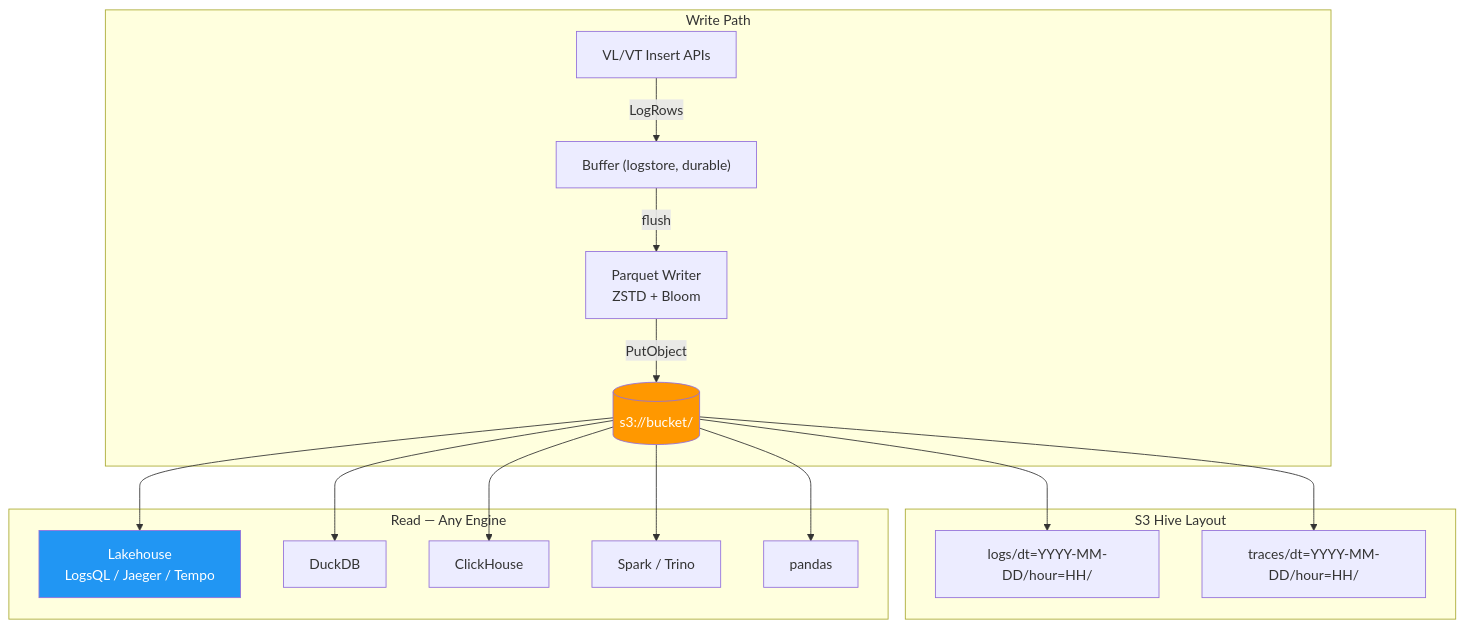
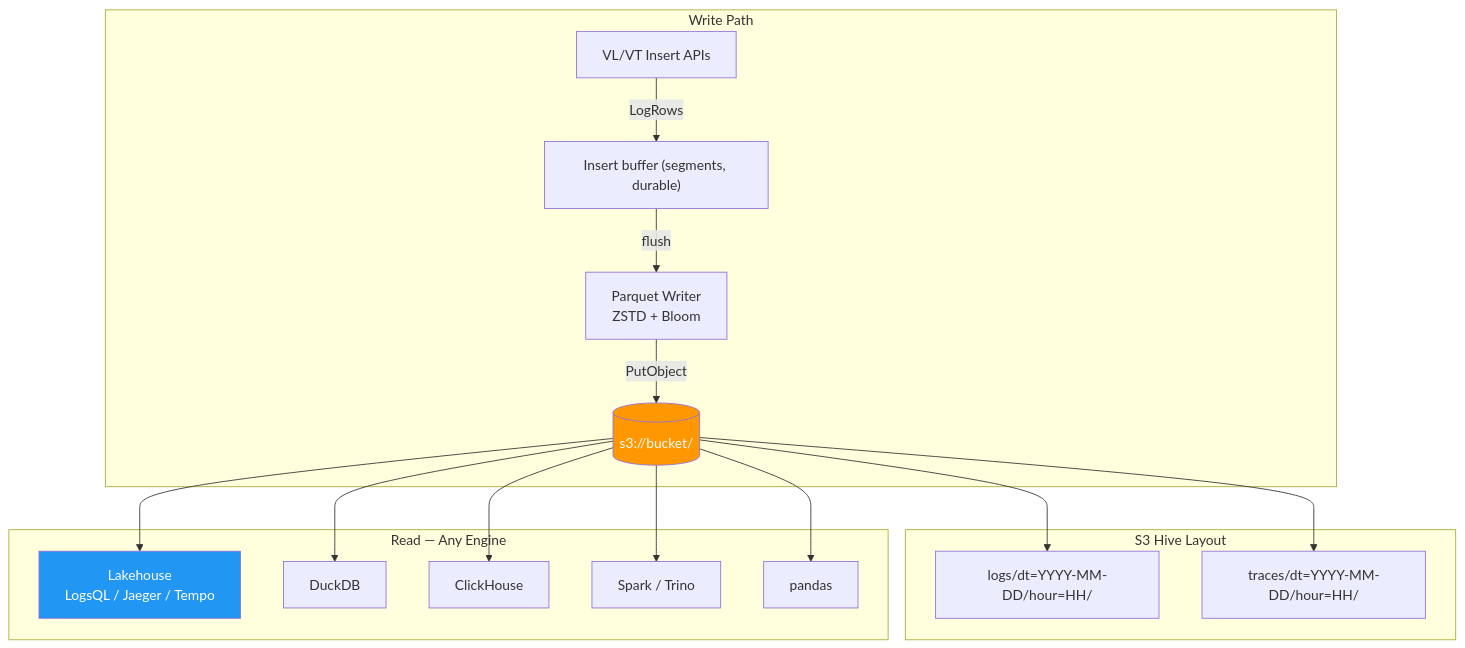
The diagram in docs/open-parquet-format.md (ReliablyObserve/victoria-lakehouse), drawn with Mermaid before and after one commit. The commit also changed 34 other files, not shown here.

Commit message:
docs(durability): describe the segmented durable insert buffer and update the docs that referred to the staging engine, WAL cutover and read watermark

````diff
--- a/docs/open-parquet-format.md
+++ b/docs/open-parquet-format.md
@@ -29,24 +29,24 @@
 ```mermaid
 graph TD
     subgraph "Write Path"
-    VL["VL/VT Insert APIs"] -->|LogRows| B["Buffer (logstore, durable)"]
+    VL["VL/VT Insert APIs"] -->|LogRows| B["Insert buffer (segments, durable)"]
     B -->|flush| PW[Parquet Writer<br/>ZSTD + Bloom]
     PW -->|PutObject| S3
     end
 
     subgraph "S3 Hive Layout"
     S3[("s3://bucket/")] --> L["logs/dt=YYYY-MM-DD/hour=HH/"]
     S3 --> T["traces/dt=YYYY-MM-DD/hour=HH/"]
     end
 
     subgraph "Read — Any Engine"
     S3 --> LH["Lakehouse<br/>LogsQL / Jaeger / Tempo"]
     S3 --> DDB[DuckDB]
     S3 --> CH[ClickHouse]
     S3 --> SP[Spark / Trino]
     S3 --> PD[pandas]
     end
 
     style S3 fill:#FF9800,color:#fff
     style LH fill:#2196F3,color:#fff
 ```
````
